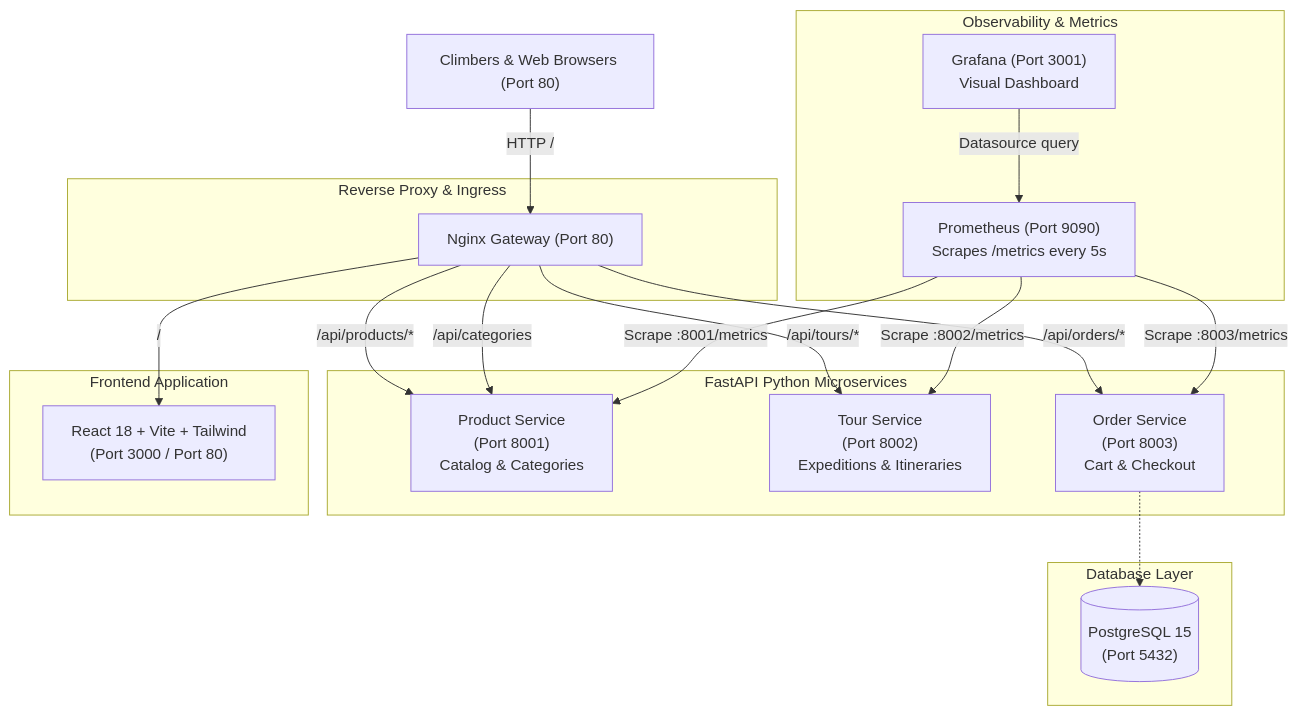
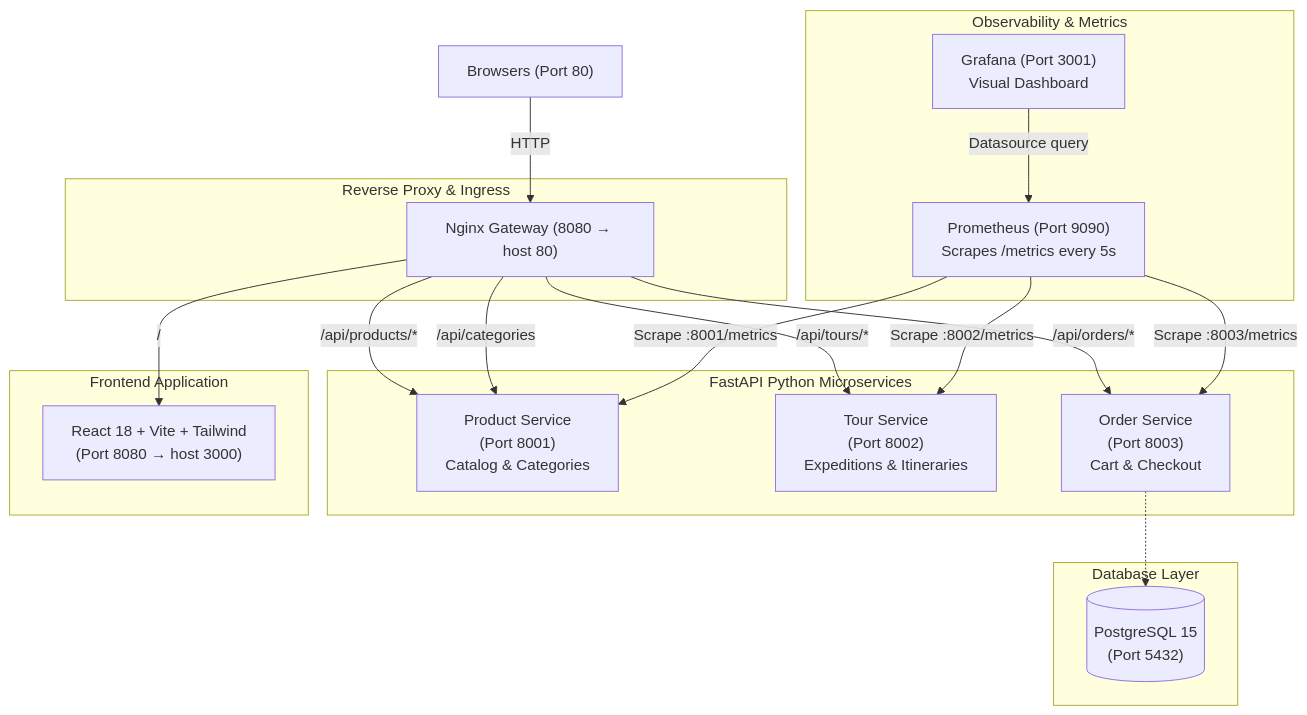
Before and after one commit to Abdelrahmandaghash/Zenith-Cloud-Native: the diagram in README.md, drawn with Mermaid. The commit also changed other lines of this file and 8 other files, not shown here.

````diff
--- a/README.md
+++ b/README.md
@@ -28,41 +18,41 @@
 ```mermaid
 flowchart TD
-    Client["Climbers & Web Browsers (Port 80)"]
-    
+    Client["Browsers (Port 80)"]
+
     subgraph Gateway ["Reverse Proxy & Ingress"]
-        Nginx["Nginx Gateway (Port 80)"]
+        Nginx["Nginx Gateway (8080 → host 80)"]
     end
 
     subgraph Microservices ["FastAPI Python Microservices"]
         ProductSvc["Product Service\n(Port 8001)\nCatalog & Categories"]
         TourSvc["Tour Service\n(Port 8002)\nExpeditions & Itineraries"]
         OrderSvc["Order Service\n(Port 8003)\nCart & Checkout"]
     end
 
     subgraph FrontendApp ["Frontend Application"]
-        ReactApp["React 18 + Vite + Tailwind\n(Port 3000 / Port 80)"]
+        ReactApp["React 18 + Vite + Tailwind\n(Port 8080 → host 3000)"]
     end
 
     subgraph DataStore ["Database Layer"]
         Postgres[("PostgreSQL 15\n(Port 5432)")]
     end
 
     subgraph Monitoring ["Observability & Metrics"]
         Prometheus["Prometheus (Port 9090)\nScrapes /metrics every 5s"]
         Grafana["Grafana (Port 3001)\nVisual Dashboard"]
     end
 
-    Client -->|HTTP /| Nginx
+    Client -->|HTTP| Nginx
     Nginx -->|/| ReactApp
     Nginx -->|/api/products/*| ProductSvc
     Nginx -->|/api/categories| ProductSvc
     Nginx -->|/api/tours/*| TourSvc
     Nginx -->|/api/orders/*| OrderSvc
 
     OrderSvc -.-> Postgres
 
     Prometheus -->|Scrape :8001/metrics| ProductSvc
     Prometheus -->|Scrape :8002/metrics| TourSvc
     Prometheus -->|Scrape :8003/metrics| OrderSvc
     Grafana -->|Datasource query| Prometheus
 ```
````
